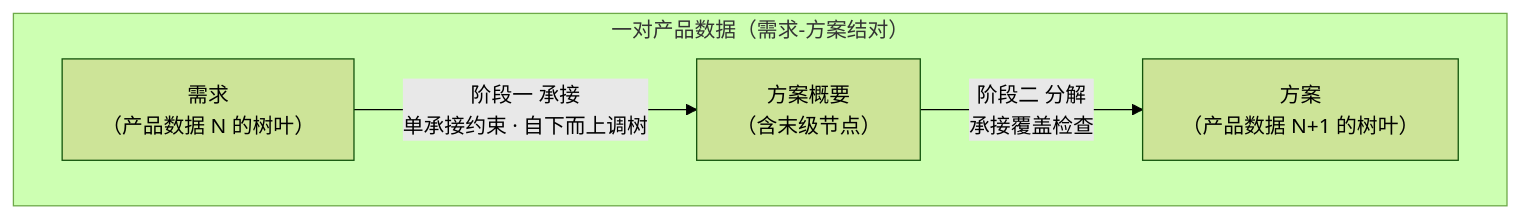
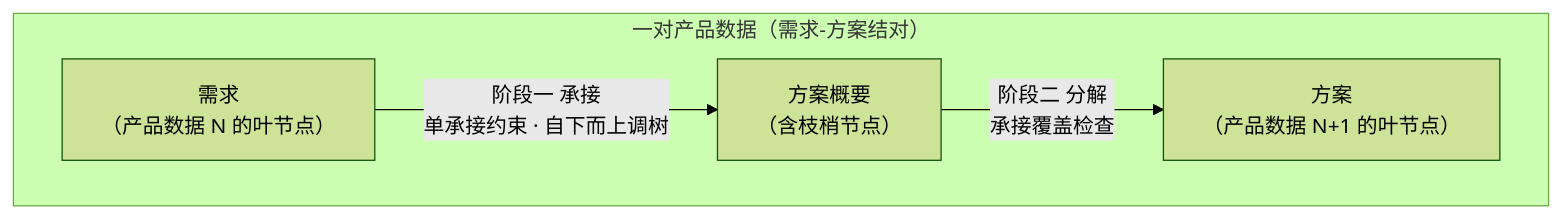
The first of 4 diagrams in 50-research/00-系统工程相关研究报告/20-设计与开发落地方法研究报告—需求与方案结对开发.md (Yongjunzhou/AOS-system-design), drawn with Mermaid (forest theme) before and after one commit. The commit also changed other lines of this file, not shown here.

````diff
--- a/50-research/00-系统工程相关研究报告/20-设计与开发落地方法研究报告—需求与方案结对开发.md
+++ b/50-research/00-系统工程相关研究报告/20-设计与开发落地方法研究报告—需求与方案结对开发.md
@@ -15,10 +15,10 @@
 ```mermaid
 flowchart TD
     subgraph pair["一对产品数据（需求-方案结对）"]
-        N["需求<br/>（产品数据 N 的树叶）"]
-        A["方案概要<br/>（含末级节点）"]
-        S["方案<br/>（产品数据 N+1 的树叶）"]
+        N["需求<br/>（产品数据 N 的叶节点）"]
+        A["方案概要<br/>（含枝梢节点）"]
+        S["方案<br/>（产品数据 N+1 的叶节点）"]
         N -->|"阶段一 承接<br/>单承接约束 · 自下而上调树"| A
         A -->|"阶段二 分解<br/>承接覆盖检查"| S
     end
 ```
````
